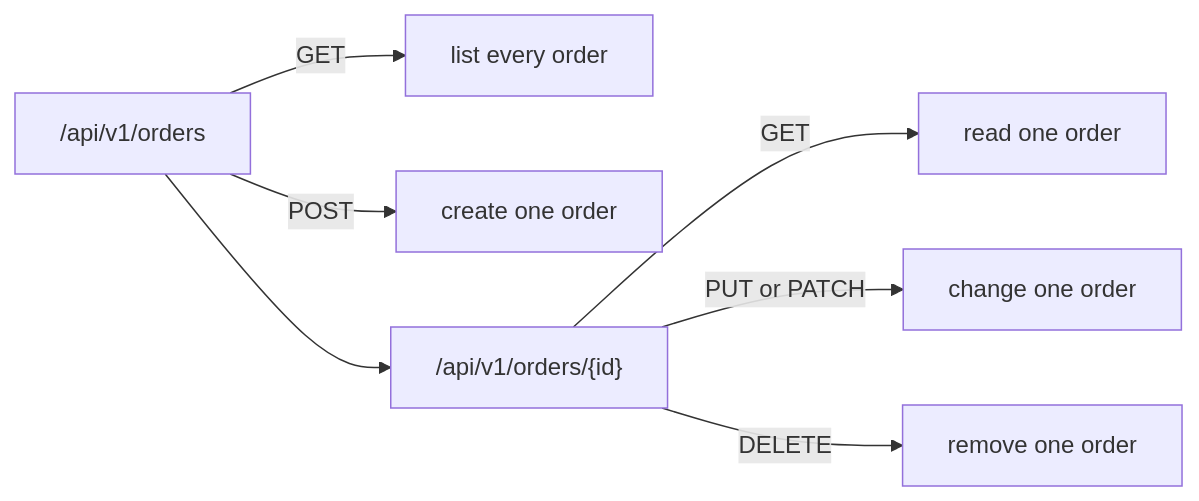
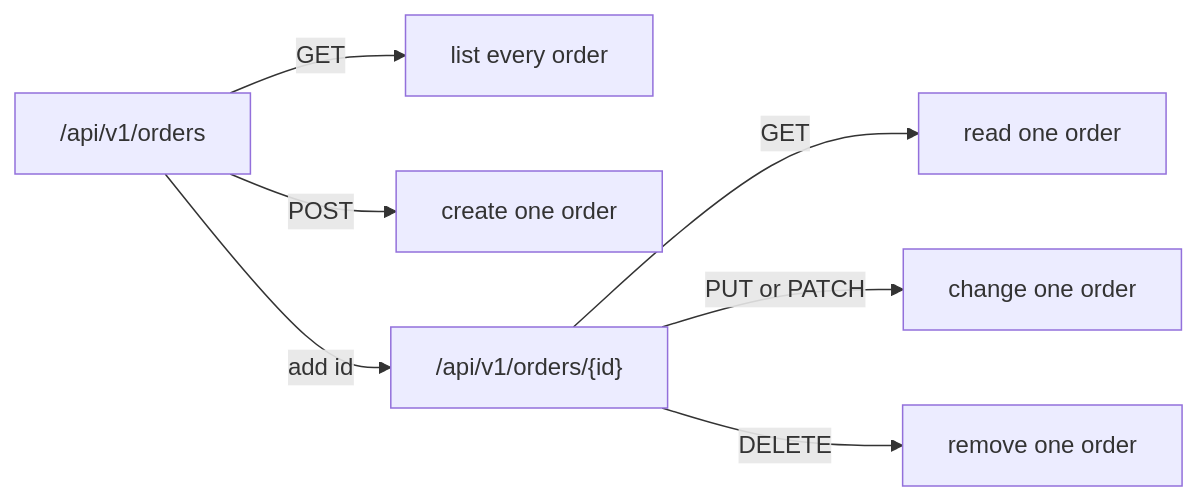
Before and after one commit to duyan11110/lo-trinh-architect: the diagram in content/tracks/backend/rest-api/backend.l1.rest-resources.en.md, drawn with Mermaid. The commit also changed other lines of this file and 4 other files, not shown here.

````diff
--- a/content/tracks/backend/rest-api/backend.l1.rest-resources.en.md
+++ b/content/tracks/backend/rest-api/backend.l1.rest-resources.en.md
@@ -41,9 +41,9 @@
 ```mermaid
 flowchart LR
   A["/api/v1/orders"] -->|GET| B[list every order]
   A -->|POST| C[create one order]
-  A --> D["/api/v1/orders/{id}"]
+  A -->|add id| D["/api/v1/orders/{id}"]
   D -->|GET| E[read one order]
   D -->|PUT or PATCH| F[change one order]
   D -->|DELETE| G[remove one order]
 ```
````
